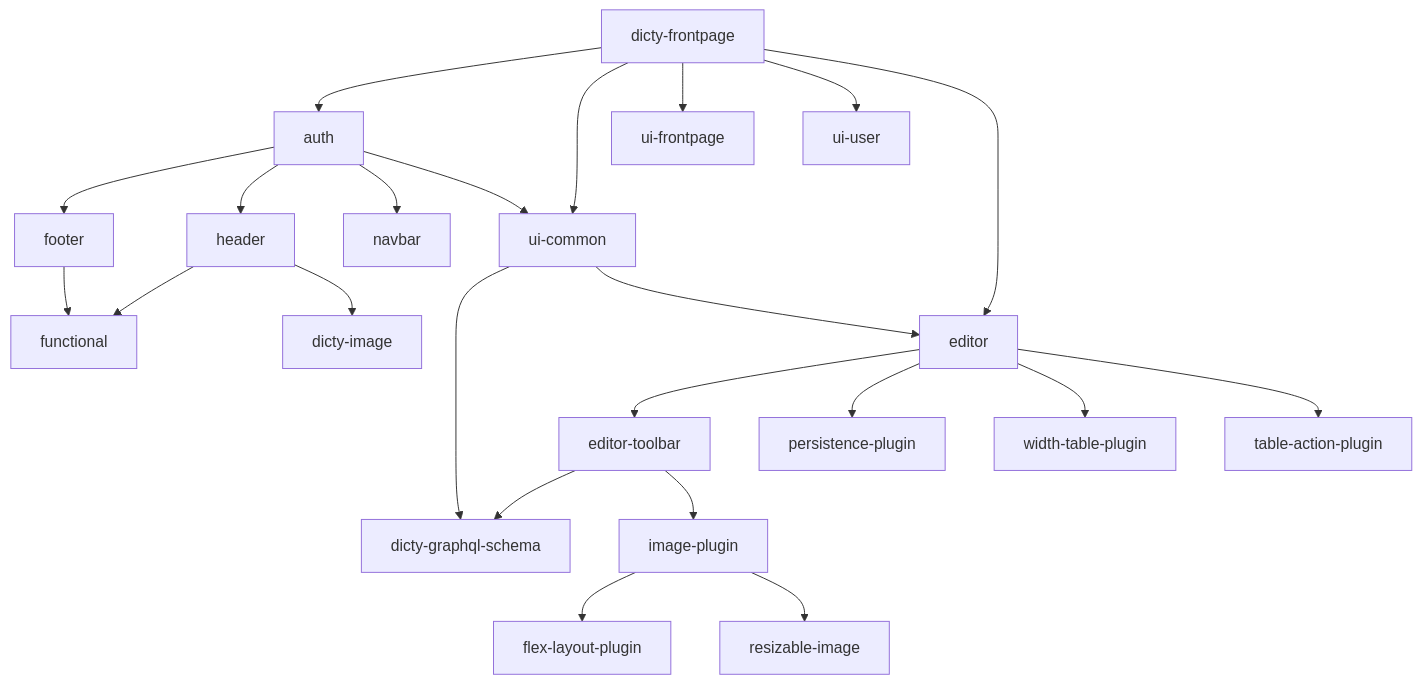
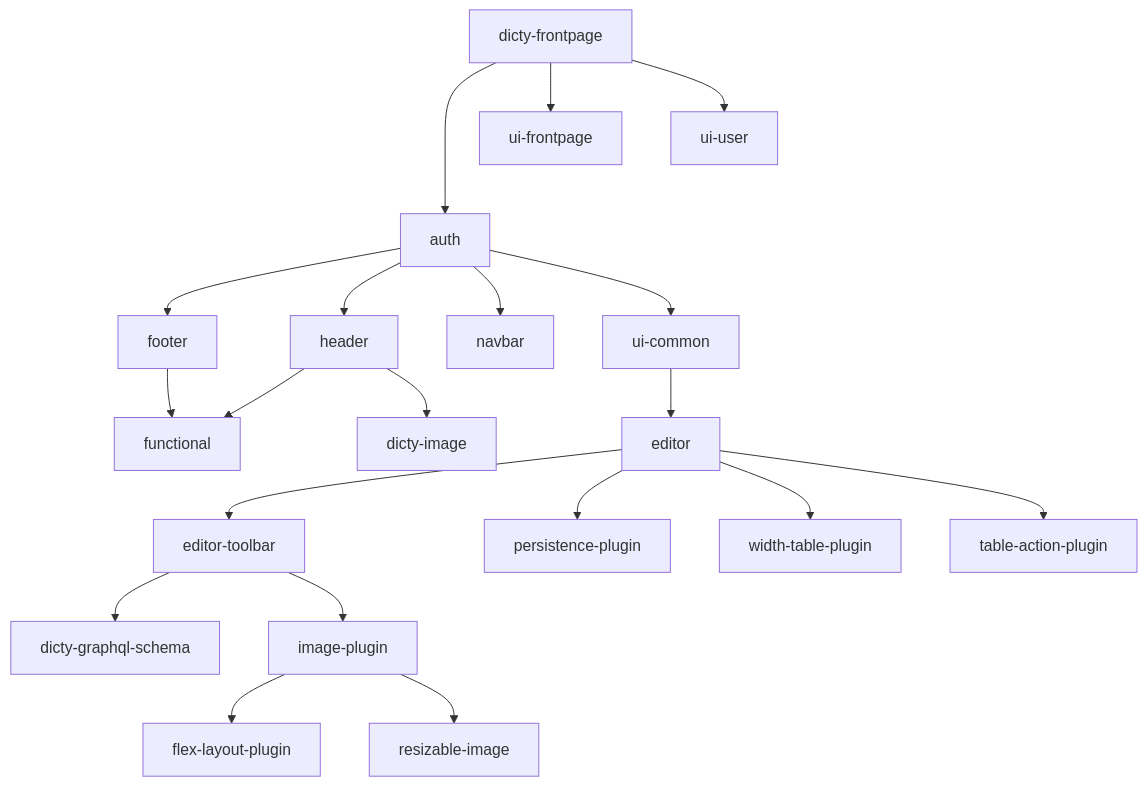
Before and after one commit to dictyBase/frontendx: the first of 2 diagrams in dependency-graph.md, drawn with Mermaid.

Commit message:
chore(ui-common): remove dicty-graphql-schema dependency from package.json
The dicty-graphql-schema dependency is no longer needed and has been removed from the package.json file to declutter the dependencies and ensure that only necessary dependencies are included in the project.

````diff
--- a/dependency-graph.md
+++ b/dependency-graph.md
@@ -1,54 +1,51 @@
 ```mermaid
 flowchart TD
     A[dicty-frontpage]
     B[auth]
     D[footer]
     DI[dicty-image]
     F[functional]
     G[header]
     UIC[ui-common]
     UIF[ui-frontpage]
     UIU[ui-user]
     I[dicty-graphql-schema]
     J[editor]
     K[navbar]
     ET[editor-toolbar]
     IP[image-plugin]
     FLP[flex-layout-plugin]
     RI[resizable-image]
     PP[persistence-plugin]
     WP[width-table-plugin]
     TP[table-action-plugin]
 
-    A --> B
-    A --> UIC
+    A ---> B
     A --> UIF
     A --> UIU
-    A --> J
 
     B --> D
     B --> G
     B --> K
     B --> UIC
 
     D --> F
 
     G --> F
     G --> DI
 
-    UIC --> I
     UIC --> J
     
     J --> ET
     J --> PP
     J --> WP
     J --> TP
 
     ET --> I
     ET --> IP
 
     IP --> FLP
     IP --> RI
 
 
 ```
````
